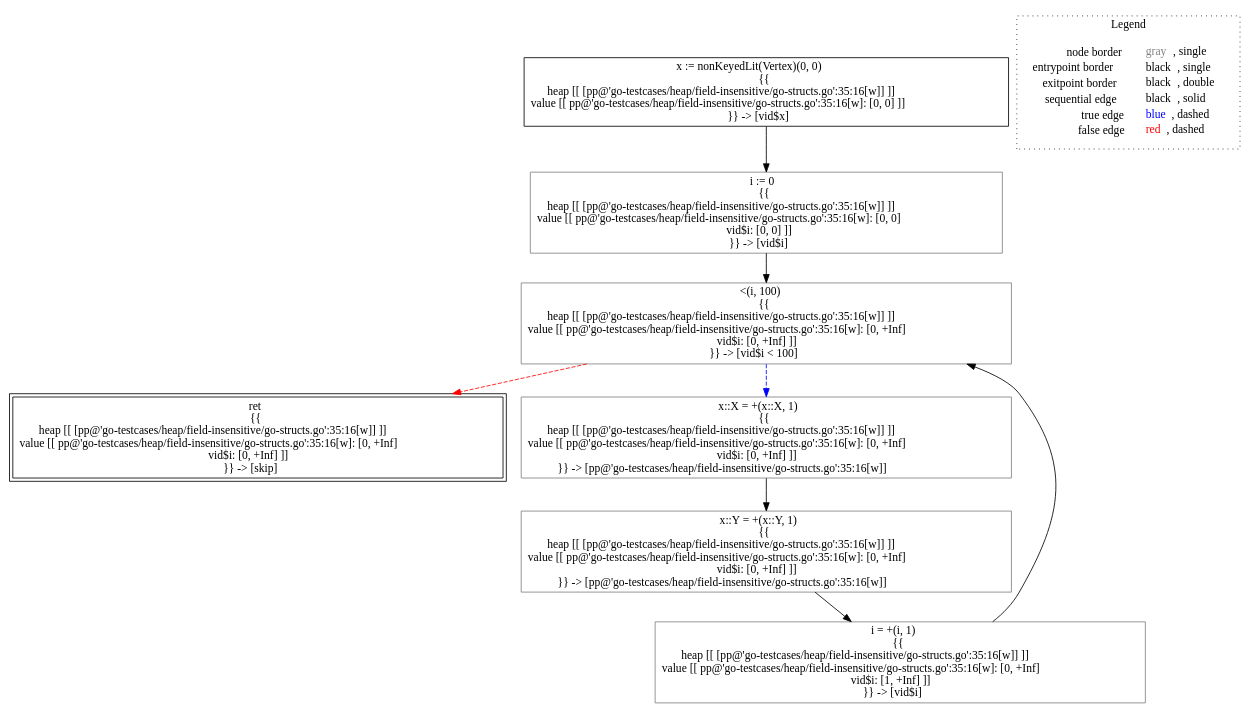
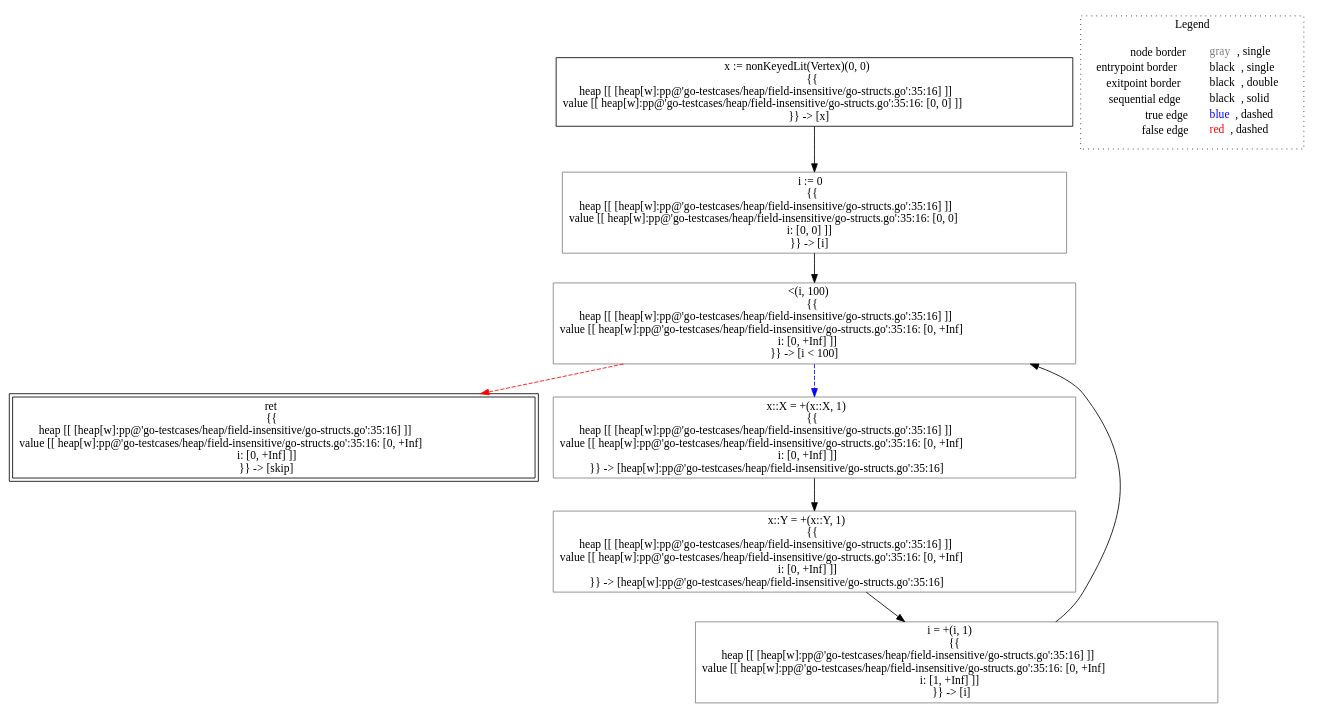
One commit to lisa-analyzer/go-lisa changed the diagram in go-lisa/go-testcases/heap/field-insensitive/analysis___untyped_~LiSAProgram.forAlloc().dot. Above: the diagram before and after it, drawn with Graphviz. The commit also changed 11 other files, not shown here.

```diff
--- a/go-lisa/go-testcases/heap/field-insensitive/analysis___untyped_~LiSAProgram.forAlloc().dot
+++ b/go-lisa/go-testcases/heap/field-insensitive/analysis___untyped_~LiSAProgram.forAlloc().dot
@@ -1,23 +1,23 @@
 digraph {
-	"node0" [shape="rect",color="black",label=<x := nonKeyedLit(Vertex)(0, 0)<BR/>{{<BR/>heap [[ [pp@'go-testcases/heap/field-insensitive/go-structs.go':35:16[w]] ]]<BR/>value [[ pp@'go-testcases/heap/field-insensitive/go-structs.go':35:16[w]: [0, 0] ]]<BR/>}} -&gt; [vid$x]>];
-	"node1" [shape="rect",color="black",peripheries="2",label=<ret<BR/>{{<BR/>heap [[ [pp@'go-testcases/heap/field-insensitive/go-structs.go':35:16[w]] ]]<BR/>value [[ pp@'go-testcases/heap/field-insensitive/go-structs.go':35:16[w]: [0, +Inf]<BR/>vid$i: [0, +Inf] ]]<BR/>}} -&gt; [skip]>];
-	"node2" [shape="rect",color="gray",label=<&lt;(i, 100)<BR/>{{<BR/>heap [[ [pp@'go-testcases/heap/field-insensitive/go-structs.go':35:16[w]] ]]<BR/>value [[ pp@'go-testcases/heap/field-insensitive/go-structs.go':35:16[w]: [0, +Inf]<BR/>vid$i: [0, +Inf] ]]<BR/>}} -&gt; [vid$i &lt; 100]>];
-	"node3" [shape="rect",color="gray",label=<x::X = +(x::X, 1)<BR/>{{<BR/>heap [[ [pp@'go-testcases/heap/field-insensitive/go-structs.go':35:16[w]] ]]<BR/>value [[ pp@'go-testcases/heap/field-insensitive/go-structs.go':35:16[w]: [0, +Inf]<BR/>vid$i: [0, +Inf] ]]<BR/>}} -&gt; [pp@'go-testcases/heap/field-insensitive/go-structs.go':35:16[w]]>];
-	"node4" [shape="rect",color="gray",label=<i = +(i, 1)<BR/>{{<BR/>heap [[ [pp@'go-testcases/heap/field-insensitive/go-structs.go':35:16[w]] ]]<BR/>value [[ pp@'go-testcases/heap/field-insensitive/go-structs.go':35:16[w]: [0, +Inf]<BR/>vid$i: [1, +Inf] ]]<BR/>}} -&gt; [vid$i]>];
-	"node5" [shape="rect",color="gray",label=<i := 0<BR/>{{<BR/>heap [[ [pp@'go-testcases/heap/field-insensitive/go-structs.go':35:16[w]] ]]<BR/>value [[ pp@'go-testcases/heap/field-insensitive/go-structs.go':35:16[w]: [0, 0]<BR/>vid$i: [0, 0] ]]<BR/>}} -&gt; [vid$i]>];
-	"node6" [shape="rect",color="gray",label=<x::Y = +(x::Y, 1)<BR/>{{<BR/>heap [[ [pp@'go-testcases/heap/field-insensitive/go-structs.go':35:16[w]] ]]<BR/>value [[ pp@'go-testcases/heap/field-insensitive/go-structs.go':35:16[w]: [0, +Inf]<BR/>vid$i: [0, +Inf] ]]<BR/>}} -&gt; [pp@'go-testcases/heap/field-insensitive/go-structs.go':35:16[w]]>];
-	"node0" -> "node5" [color="black"];
+	"node0" [shape="rect",color="black",label=<x := nonKeyedLit(Vertex)(0, 0)<BR/>{{<BR/>heap [[ [heap[w]:pp@'go-testcases/heap/field-insensitive/go-structs.go':35:16] ]]<BR/>value [[ heap[w]:pp@'go-testcases/heap/field-insensitive/go-structs.go':35:16: [0, 0] ]]<BR/>}} -&gt; [x]>];
+	"node1" [shape="rect",color="black",peripheries="2",label=<ret<BR/>{{<BR/>heap [[ [heap[w]:pp@'go-testcases/heap/field-insensitive/go-structs.go':35:16] ]]<BR/>value [[ heap[w]:pp@'go-testcases/heap/field-insensitive/go-structs.go':35:16: [0, +Inf]<BR/>i: [0, +Inf] ]]<BR/>}} -&gt; [skip]>];
+	"node2" [shape="rect",color="gray",label=<&lt;(i, 100)<BR/>{{<BR/>heap [[ [heap[w]:pp@'go-testcases/heap/field-insensitive/go-structs.go':35:16] ]]<BR/>value [[ heap[w]:pp@'go-testcases/heap/field-insensitive/go-structs.go':35:16: [0, +Inf]<BR/>i: [0, +Inf] ]]<BR/>}} -&gt; [i &lt; 100]>];
+	"node3" [shape="rect",color="gray",label=<i := 0<BR/>{{<BR/>heap [[ [heap[w]:pp@'go-testcases/heap/field-insensitive/go-structs.go':35:16] ]]<BR/>value [[ heap[w]:pp@'go-testcases/heap/field-insensitive/go-structs.go':35:16: [0, 0]<BR/>i: [0, 0] ]]<BR/>}} -&gt; [i]>];
+	"node4" [shape="rect",color="gray",label=<x::Y = +(x::Y, 1)<BR/>{{<BR/>heap [[ [heap[w]:pp@'go-testcases/heap/field-insensitive/go-structs.go':35:16] ]]<BR/>value [[ heap[w]:pp@'go-testcases/heap/field-insensitive/go-structs.go':35:16: [0, +Inf]<BR/>i: [0, +Inf] ]]<BR/>}} -&gt; [heap[w]:pp@'go-testcases/heap/field-insensitive/go-structs.go':35:16]>];
+	"node5" [shape="rect",color="gray",label=<i = +(i, 1)<BR/>{{<BR/>heap [[ [heap[w]:pp@'go-testcases/heap/field-insensitive/go-structs.go':35:16] ]]<BR/>value [[ heap[w]:pp@'go-testcases/heap/field-insensitive/go-structs.go':35:16: [0, +Inf]<BR/>i: [1, +Inf] ]]<BR/>}} -&gt; [i]>];
+	"node6" [shape="rect",color="gray",label=<x::X = +(x::X, 1)<BR/>{{<BR/>heap [[ [heap[w]:pp@'go-testcases/heap/field-insensitive/go-structs.go':35:16] ]]<BR/>value [[ heap[w]:pp@'go-testcases/heap/field-insensitive/go-structs.go':35:16: [0, +Inf]<BR/>i: [0, +Inf] ]]<BR/>}} -&gt; [heap[w]:pp@'go-testcases/heap/field-insensitive/go-structs.go':35:16]>];
+	"node0" -> "node3" [color="black"];
 	"node2" -> "node1" [color="red",style="dashed"];
-	"node2" -> "node3" [color="blue",style="dashed"];
-	"node3" -> "node6" [color="black"];
-	"node4" -> "node2" [color="black"];
+	"node2" -> "node6" [color="blue",style="dashed"];
+	"node3" -> "node2" [color="black"];
+	"node4" -> "node5" [color="black"];
 	"node5" -> "node2" [color="black"];
 	"node6" -> "node4" [color="black"];
 subgraph cluster_legend {
 	label="Legend";
 	style=dotted;
 	node [shape=plaintext];
 	"legend" [label=<<table border="0" cellpadding="2" cellspacing="0" cellborder="0"><tr><td align="right">node border&nbsp;</td><td align="left"><font color="gray">gray</font>, single</td></tr><tr><td align="right">entrypoint border&nbsp;</td><td align="left"><font color="black">black</font>, single</td></tr><tr><td align="right">exitpoint border&nbsp;</td><td align="left"><font color="black">black</font>, double</td></tr><tr><td align="right">sequential edge&nbsp;</td><td align="left"><font color="black">black</font>, solid</td></tr><tr><td align="right">true edge&nbsp;</td><td align="left"><font color="blue">blue</font>, dashed</td></tr><tr><td align="right">false edge&nbsp;</td><td align="left"><font color="red">red</font>, dashed</td></tr></table>>];
 }
 
 }
```
